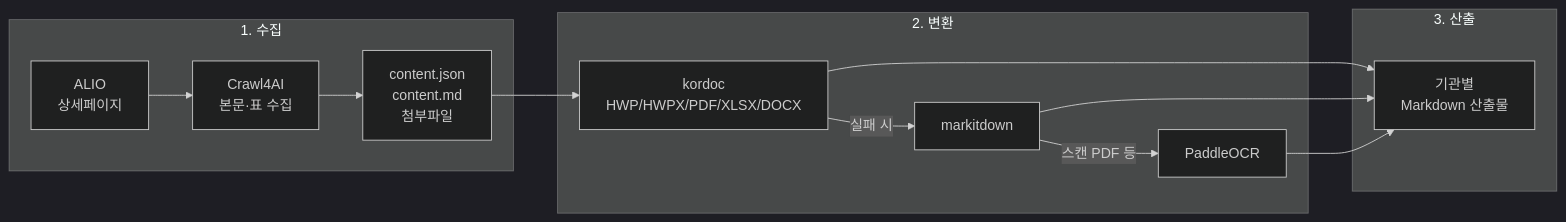
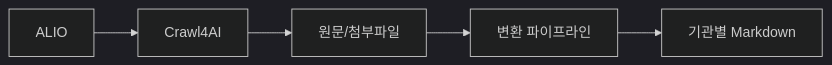
One commit to bigone-kcrew/crawl4alio changed the diagram in README.md. Above: the diagram before and after it, drawn with Mermaid (dark theme). The commit also changed other lines of this file, not shown here.

````diff
--- a/README.md
+++ b/README.md
@@ -19,21 +19,7 @@
 ```mermaid
 flowchart LR
-    subgraph S1["1. 수집"]
-        A["ALIO<br/>상세페이지"] --> B["Crawl4AI<br/>본문·표 수집"]
-        B --> C["content.json<br/>content.md<br/>첨부파일"]
-    end
-
-    subgraph S2["2. 변환"]
-        D["kordoc<br/>HWP/HWPX/PDF/XLSX/DOCX"] -->|실패 시| E["markitdown"]
-        E -->|스캔 PDF 등| F["PaddleOCR"]
-    end
-
-    subgraph S3["3. 산출"]
-        G["기관별<br/>Markdown 산출물"]
-    end
-
-    C --> D
-    D --> G
-    E --> G
-    F --> G
+    A["ALIO"] --> B["Crawl4AI"]
+    B --> C["원문/첨부파일"]
+    C --> D["변환 파이프라인"]
+    D --> E["기관별 Markdown"]
 ```
````
